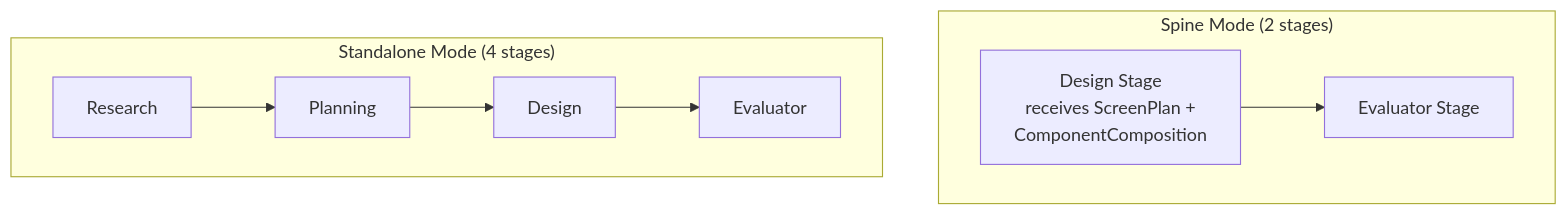
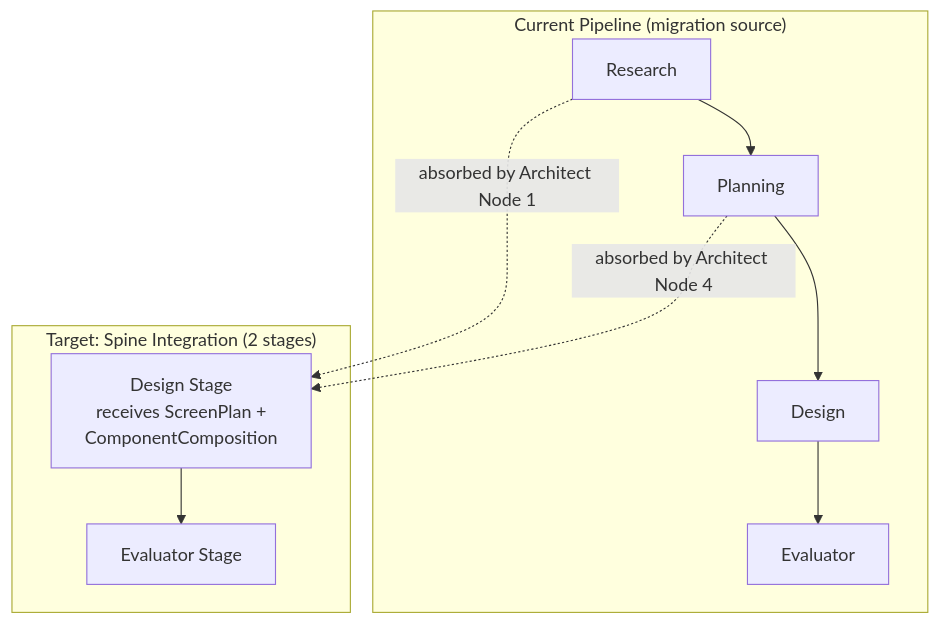
One commit to praveen-gottala/sdlc-agent-swarms changed the fifth of 7 diagrams in docs/research/architect-codebase-grounded-design.md. Above: the diagram before and after it, drawn with Mermaid. The commit also changed other lines of this file and 17 other files, not shown here.

````diff
--- a/docs/research/architect-codebase-grounded-design.md
+++ b/docs/research/architect-codebase-grounded-design.md
@@ -560,9 +565,11 @@
 ```mermaid
 flowchart TB
-    subgraph "Spine Mode (2 stages)"
+    subgraph "Current Pipeline (migration source)"
+        A1[Research] --> A2[Planning] --> A3[Design] --> A4[Evaluator]
+    end
+    subgraph "Target: Spine Integration (2 stages)"
         S1[Design Stage<br/>receives ScreenPlan +<br/>ComponentComposition] --> S2[Evaluator Stage]
     end
-    subgraph "Standalone Mode (4 stages)"
-        A1[Research] --> A2[Planning] --> A3[Design] --> A4[Evaluator]
-    end
+    A1 -.->|absorbed by Architect Node 1| S1
+    A2 -.->|absorbed by Architect Node 4| S1
 ```
````
